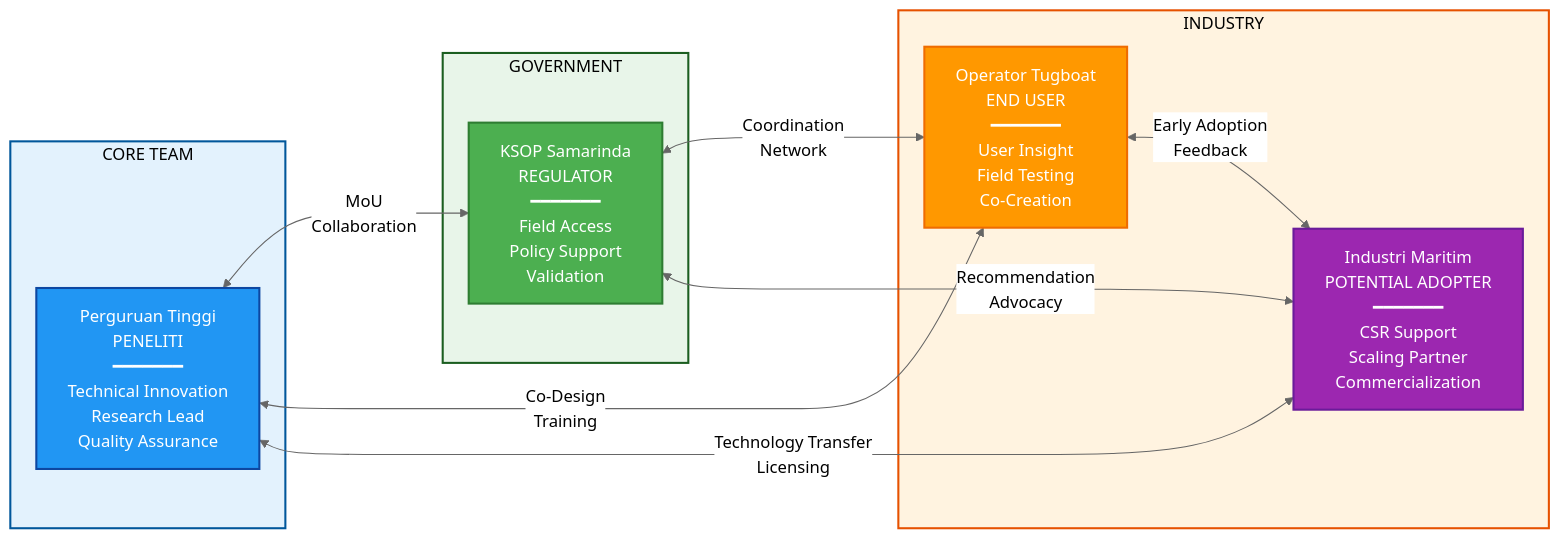
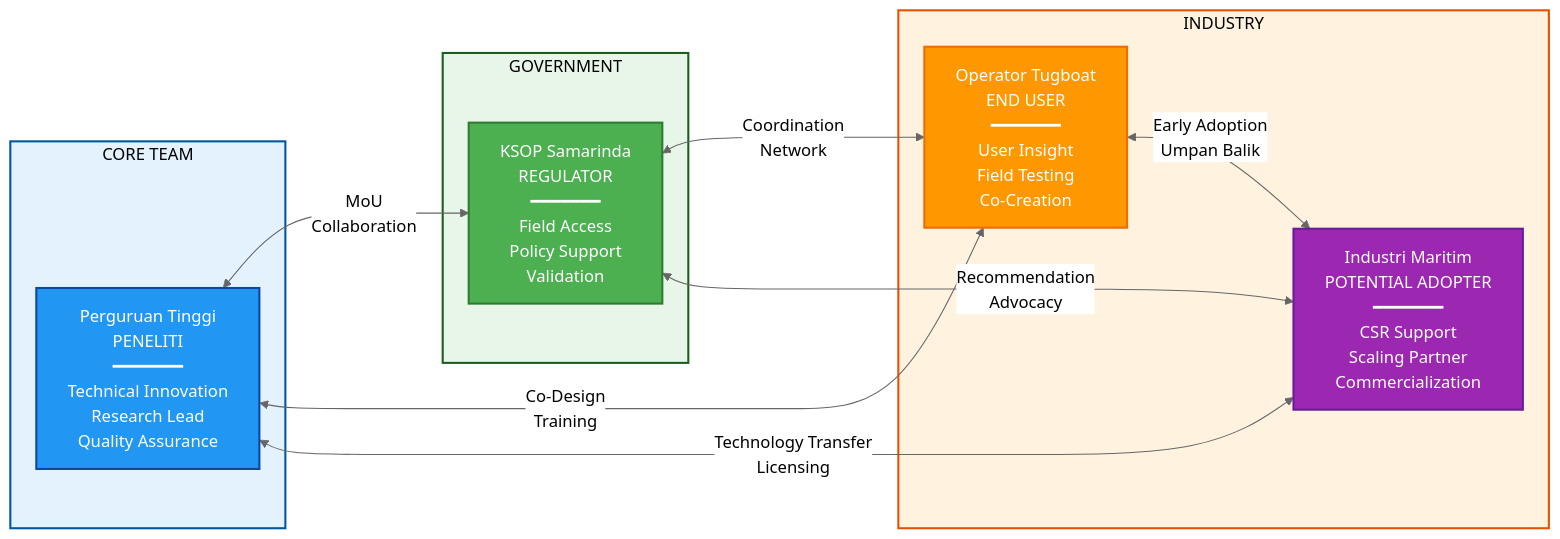
One commit to antonprafanto/buros2025 changed the fourth of 6 diagrams in 01_PROPOSAL_UTAMA_BESTARI_SAINTEK.md. Above: the diagram before and after it, drawn with Mermaid. The commit also changed other lines of this file, not shown here.

````diff
--- a/01_PROPOSAL_UTAMA_BESTARI_SAINTEK.md
+++ b/01_PROPOSAL_UTAMA_BESTARI_SAINTEK.md
@@ -402,57 +418,57 @@
 ```mermaid
 %%{init: {'theme':'neutral', 'themeVariables': { 'darkMode':'false'}}}%%
 graph LR
     subgraph Core["CORE TEAM"]
         PT["Perguruan Tinggi
         PENELITI
         ━━━━━━━
         Technical Innovation
         Research Lead
         Quality Assurance"]
     end
 
     subgraph Gov["GOVERNMENT"]
         KSOP["KSOP Samarinda
         REGULATOR
         ━━━━━━━
         Field Access
         Policy Support
         Validation"]
     end
 
     subgraph Industry["INDUSTRY"]
         OPR["Operator Tugboat
         END USER
         ━━━━━━━
         User Insight
         Field Testing
         Co-Creation"]
         MAR["Industri Maritim
         POTENTIAL ADOPTER
         ━━━━━━━
         CSR Support
         Scaling Partner
         Commercialization"]
     end
 
     PT <-->|"MoU
     Collaboration"| KSOP
     PT <-->|"Co-Design
     Training"| OPR
     KSOP <-->|"Coordination
     Network"| OPR
     KSOP <-->|"Recommendation
     Advocacy"| MAR
     PT <-->|"Technology Transfer
     Licensing"| MAR
     OPR <-->|"Early Adoption
-    Feedback"| MAR
+    Umpan Balik"| MAR
 
     style PT fill:#2196f3,color:#fff,stroke:#0d47a1,stroke-width:2px
     style KSOP fill:#4caf50,color:#fff,stroke:#2e7d32,stroke-width:2px
     style OPR fill:#ff9800,color:#fff,stroke:#ef6c00,stroke-width:2px
     style MAR fill:#9c27b0,color:#fff,stroke:#6a1b9a,stroke-width:2px
     style Core fill:#e3f2fd,stroke:#01579b,stroke-width:2px,color:#000
     style Gov fill:#e8f5e9,stroke:#1b5e20,stroke-width:2px,color:#000
     style Industry fill:#fff3e0,stroke:#e65100,stroke-width:2px,color:#000
 ```
````
